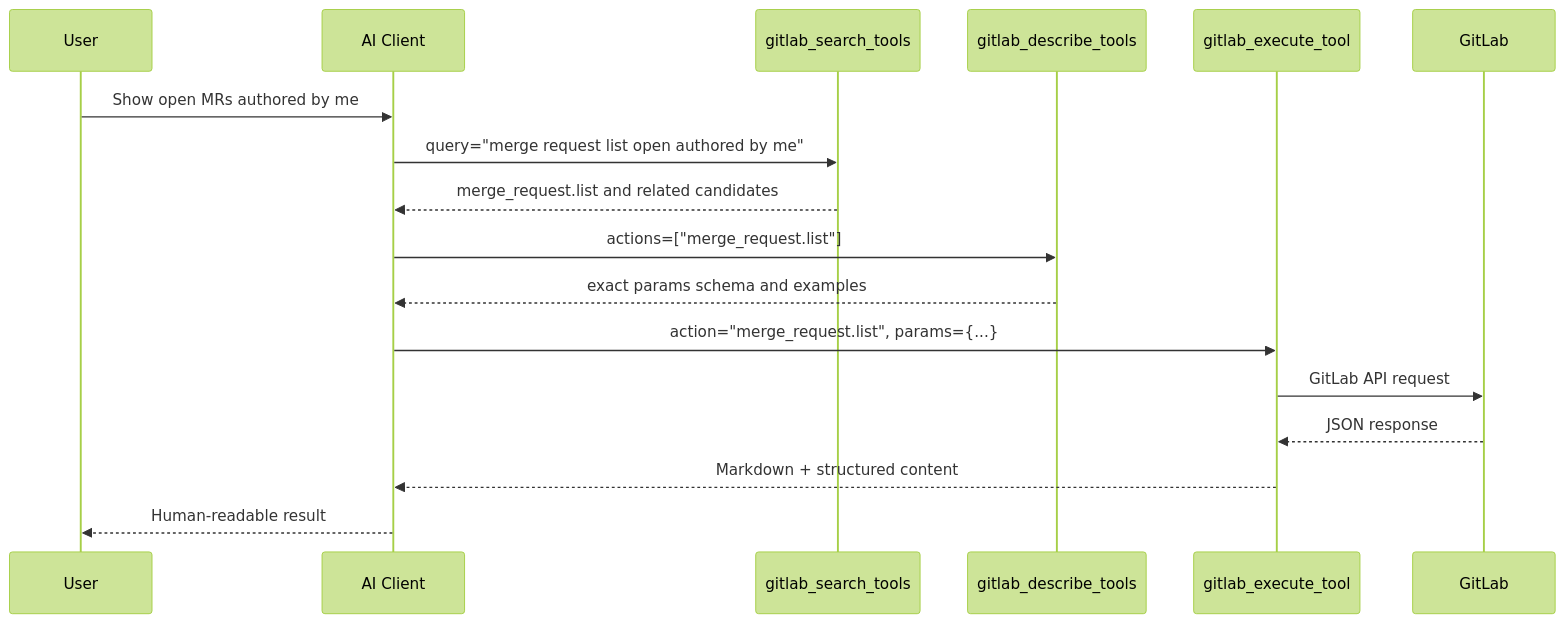
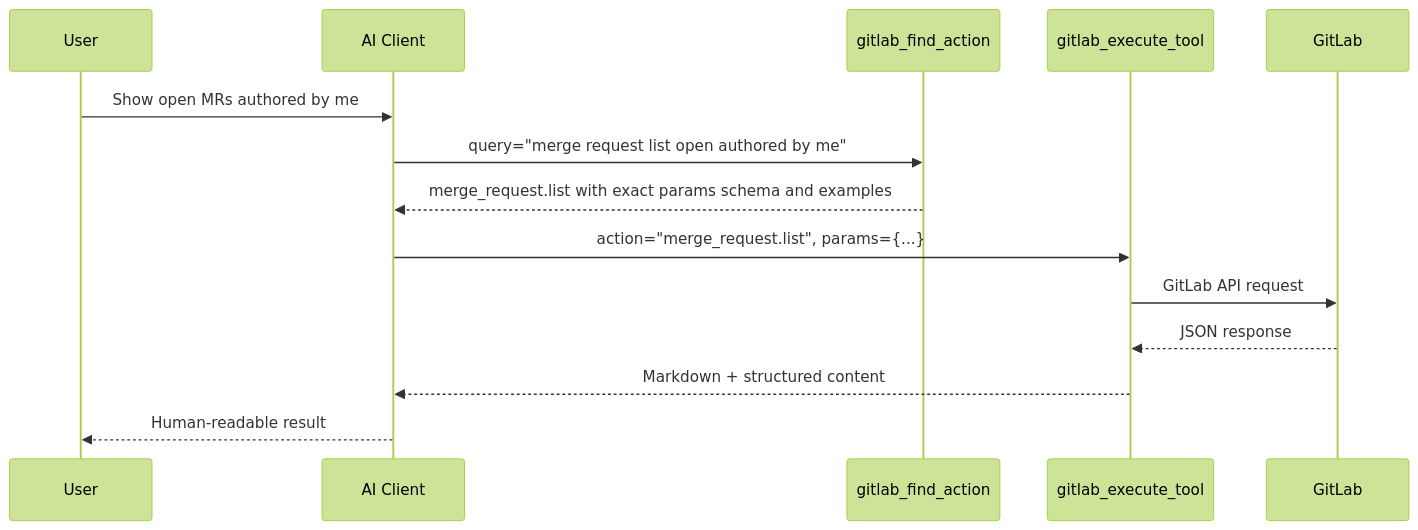
Before and after one commit to jmrplens/gitlab-mcp-server: the first of 2 diagrams in docs/dynamic-tools.md, drawn with Mermaid (forest theme). The commit also changed other lines of this file and 179 other files, not shown here.

````diff
--- a/docs/dynamic-tools.md
+++ b/docs/dynamic-tools.md
@@ -79,20 +75,17 @@
 ```mermaid
 sequenceDiagram
     participant User
     participant LLM as AI Client
-    participant Search as gitlab_search_tools
-    participant Describe as gitlab_describe_tools
+    participant Find as gitlab_find_action
     participant Execute as gitlab_execute_tool
     participant GitLab
 
     User->>LLM: Show open MRs authored by me
-    LLM->>Search: query="merge request list open authored by me"
-    Search-->>LLM: merge_request.list and related candidates
-    LLM->>Describe: actions=["merge_request.list"]
-    Describe-->>LLM: exact params schema and examples
+    LLM->>Find: query="merge request list open authored by me"
+    Find-->>LLM: merge_request.list with exact params schema and examples
     LLM->>Execute: action="merge_request.list", params={...}
     Execute->>GitLab: GitLab API request
     GitLab-->>Execute: JSON response
     Execute-->>LLM: Markdown + structured content
     LLM-->>User: Human-readable result
 ```
````
